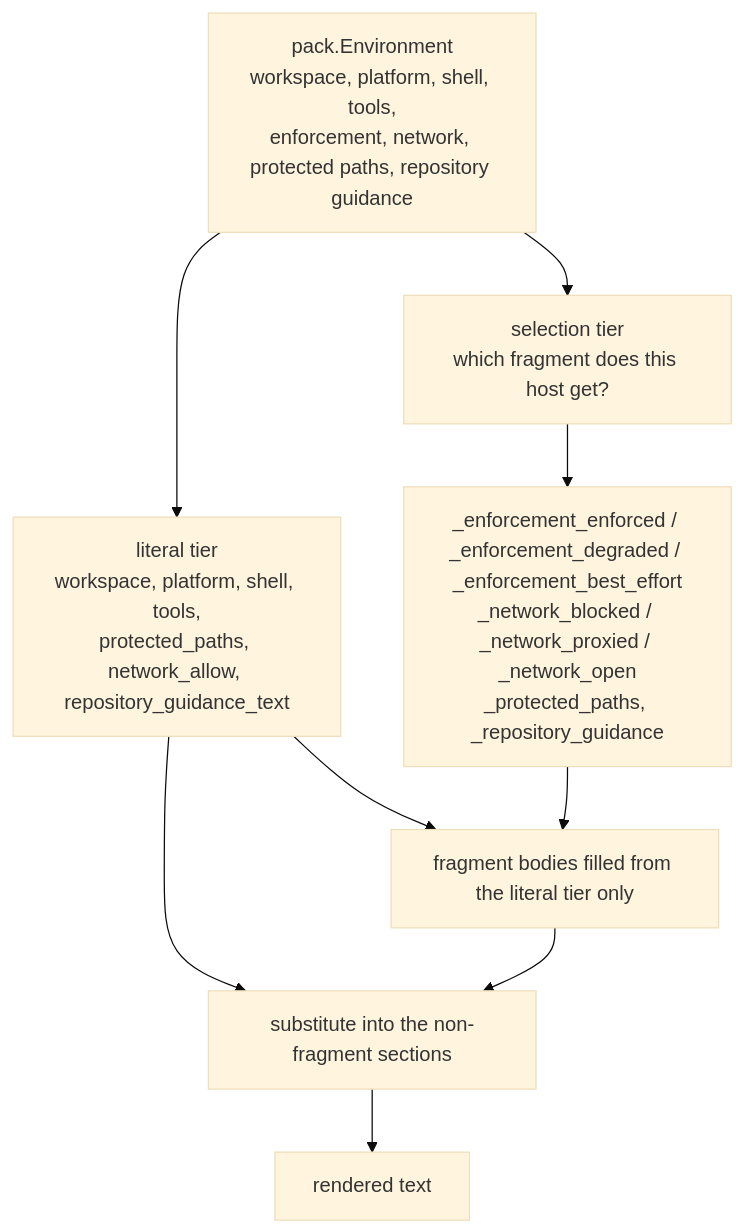
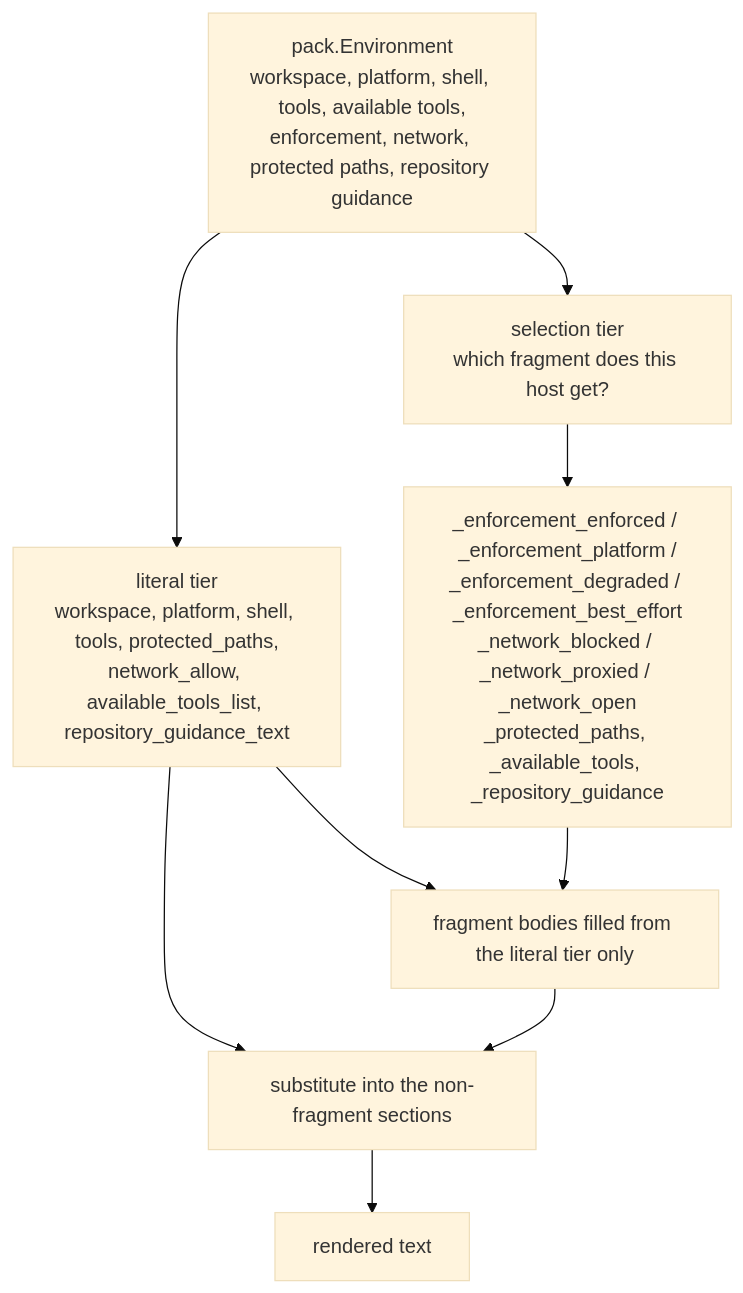
The second of 5 diagrams in packages/prompt/README.md (Roasbeef/loom), drawn with Mermaid (base theme) before and after one commit. The commit also changed other lines of this file, not shown here.

````diff
--- a/packages/prompt/README.md
+++ b/packages/prompt/README.md
@@ -84,12 +104,12 @@
 ```mermaid
 flowchart TD
-  E["pack.Environment<br/>workspace, platform, shell, tools,<br/>enforcement, network, protected paths, repository guidance"]
-  E --> L["literal tier<br/>workspace, platform, shell, tools,<br/>protected_paths, network_allow, repository_guidance_text"]
+  E["pack.Environment<br/>workspace, platform, shell, tools, available tools,<br/>enforcement, network, protected paths, repository guidance"]
+  E --> L["literal tier<br/>workspace, platform, shell, tools, protected_paths,<br/>network_allow, available_tools_list, repository_guidance_text"]
   E --> S["selection tier<br/>which fragment does this host get?"]
-  S --> F["_enforcement_enforced / _enforcement_degraded / _enforcement_best_effort<br/>_network_blocked / _network_proxied / _network_open<br/>_protected_paths, _repository_guidance"]
+  S --> F["_enforcement_enforced / _enforcement_platform /<br/>_enforcement_degraded / _enforcement_best_effort<br/>_network_blocked / _network_proxied / _network_open<br/>_protected_paths, _available_tools, _repository_guidance"]
   L --> FF["fragment bodies filled from the literal tier only"]
   F --> FF
   L --> SUB["substitute into the non-fragment sections"]
   FF --> SUB
   SUB --> TXT["rendered text"]
 ```
````
